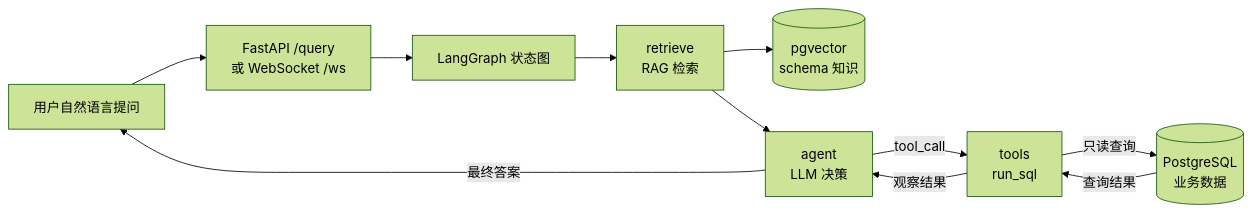
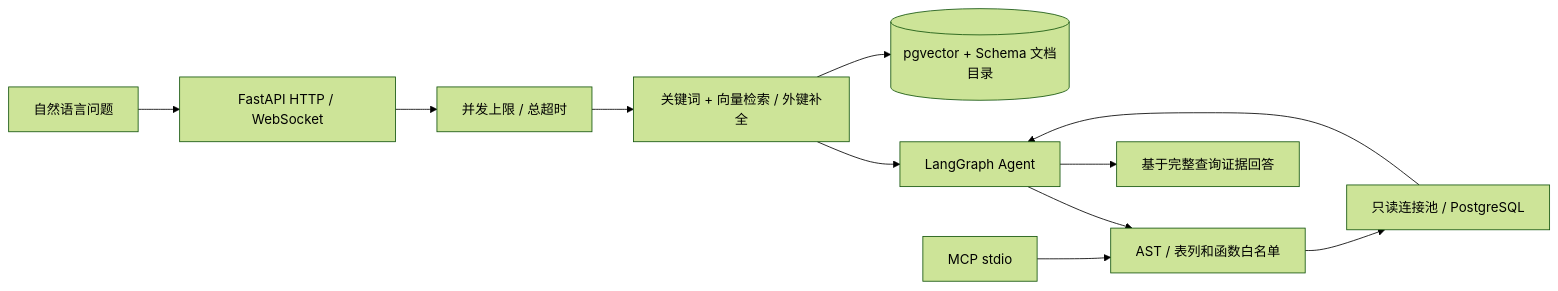
The diagram in README.md (tellmehonestly1/SQL-Agent), drawn with Mermaid (forest theme) before and after one commit. The commit also changed other lines of this file and 59 other files, not shown here.

First line of the commit message:
feat: release V2.2 SQL analysis agent

````diff
--- a/README.md
+++ b/README.md
@@ -22,13 +92,13 @@
 ```mermaid
 flowchart LR
-    U[用户自然语言提问] --> API[FastAPI /query<br/>或 WebSocket /ws]
-    API --> G[LangGraph 状态图]
-    G --> R[retrieve<br/>RAG 检索]
-    R --> V[(pgvector<br/>schema 知识)]
-    R --> A[agent<br/>LLM 决策]
-    A -->|tool_call| T[tools<br/>run_sql]
-    T -->|只读查询| D[(PostgreSQL<br/>业务数据)]
-    D -->|查询结果| T
-    T -->|观察结果| A
-    A -->|最终答案| U
+    U[自然语言问题] --> API[FastAPI HTTP / WebSocket]
+    API --> B[并发上限 / 总超时]
+    B --> R[关键词 + 向量检索 / 外键补全]
+    R --> A[LangGraph Agent]
+    A --> P[AST / 表列和函数白名单]
+    P --> DB[只读连接池 / PostgreSQL]
+    DB --> A
+    A --> O[基于完整查询证据回答]
+    R --> V[(pgvector + Schema 文档目录)]
+    MCP[MCP stdio] --> P
 ```
````
